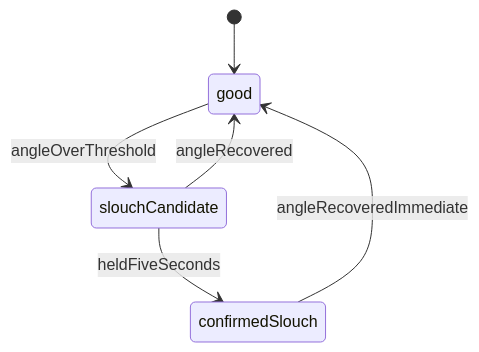
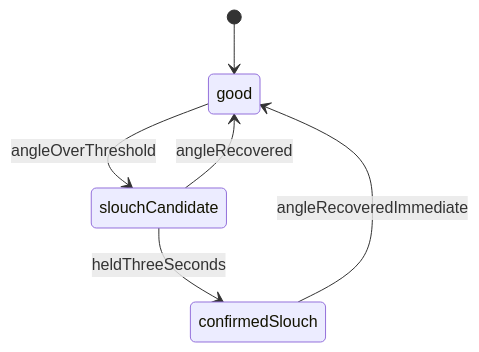
The third of 5 diagrams in .kiro/specs/nekoze-fix/design.md (da-shina/nekoze-fix), drawn with Mermaid before and after one commit. The commit also changed other lines of this file and 1 other file, not shown here.

````diff
--- a/.kiro/specs/nekoze-fix/design.md
+++ b/.kiro/specs/nekoze-fix/design.md
@@ -507,8 +504,8 @@
 ```mermaid
 stateDiagram-v2
     [*] --> good
     good --> slouchCandidate: angleOverThreshold
     slouchCandidate --> good: angleRecovered
-    slouchCandidate --> confirmedSlouch: heldFiveSeconds
+    slouchCandidate --> confirmedSlouch: heldThreeSeconds
     confirmedSlouch --> good: angleRecoveredImmediate
 ```
````
